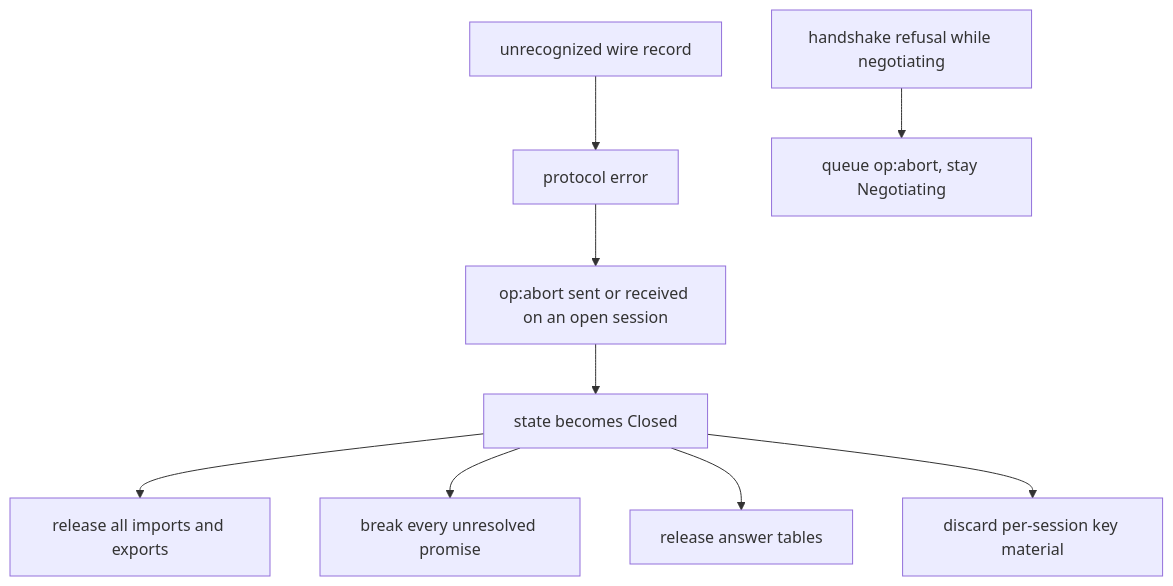
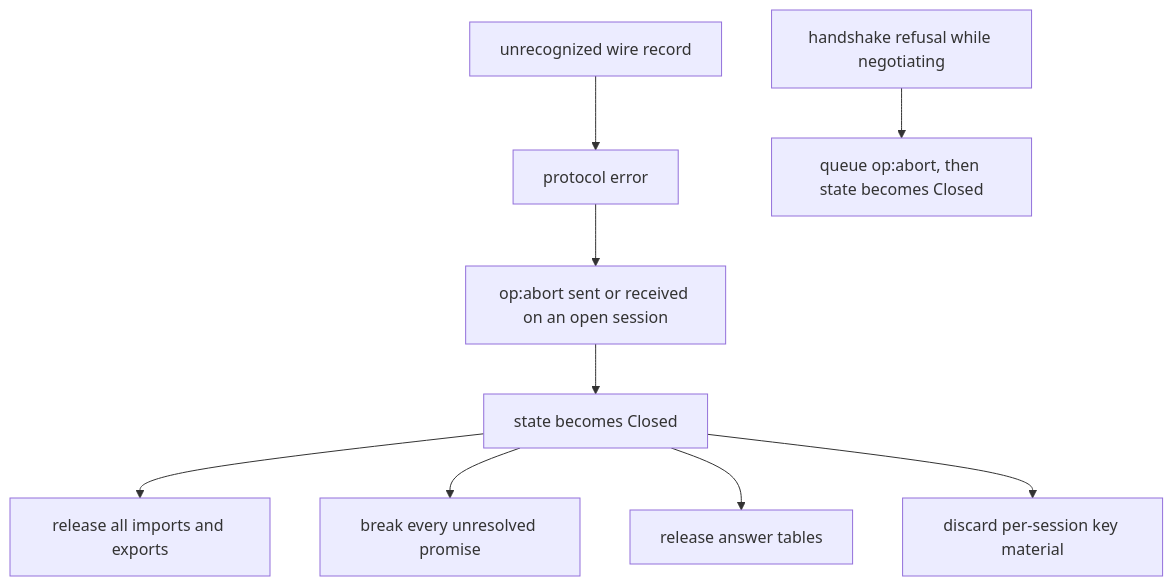
Before and after one commit to glowcap-org/glowcap: the sixth of 6 diagrams in docs/protocol-diagrams/01-session-lifecycle.md, drawn with Mermaid. The commit also changed other lines of this file and 2261 other files, not shown here.

````diff
--- a/docs/protocol-diagrams/01-session-lifecycle.md
+++ b/docs/protocol-diagrams/01-session-lifecycle.md
@@ -106,10 +117,10 @@
 ```mermaid
 flowchart TD
     AB["op:abort sent or received on an open session"] --> CL["state becomes Closed"]
     CL --> T1["release all imports and exports"]
     CL --> T2["break every unresolved promise"]
     CL --> T3["release answer tables"]
     CL --> T4["discard per-session key material"]
     UR["unrecognized wire record"] --> PE["protocol error"] --> AB
-    HR["handshake refusal while negotiating"] --> AO["queue op:abort, stay Negotiating"]
+    HR["handshake refusal while negotiating"] --> AO["queue op:abort, then state becomes Closed"]
 ```
````
